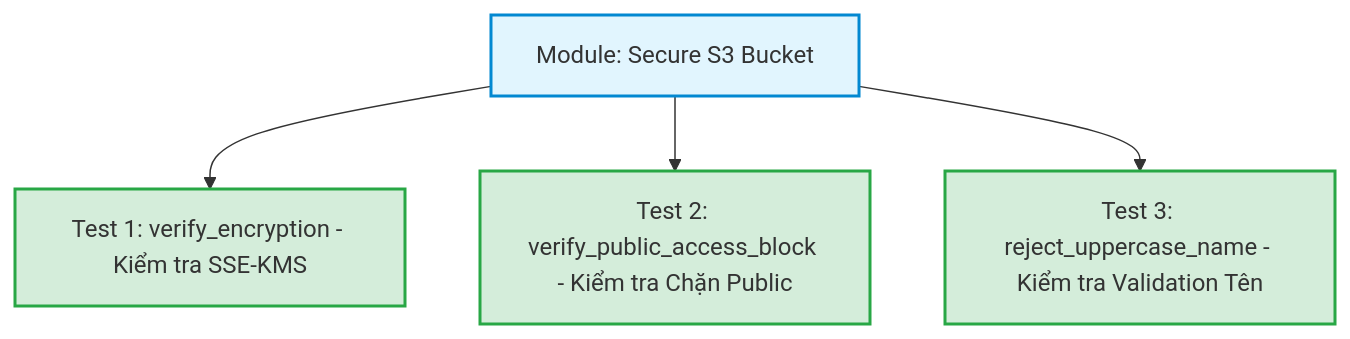
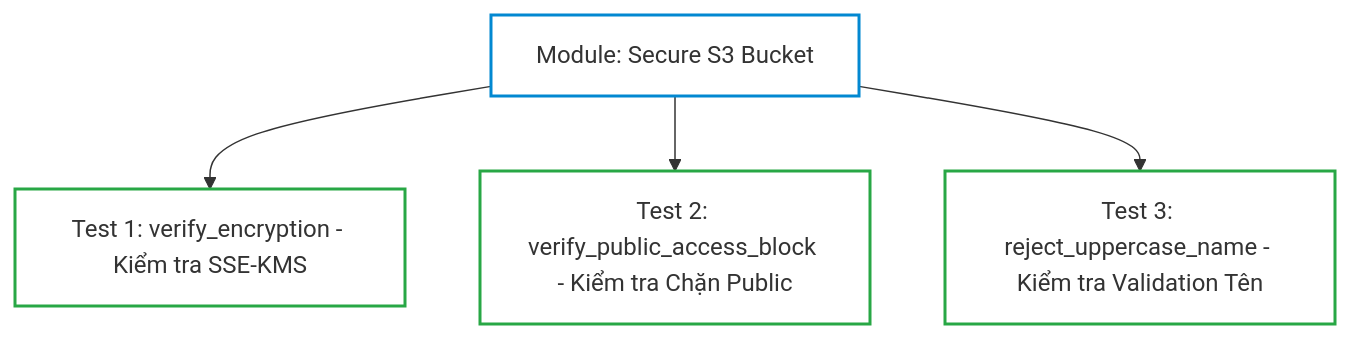
Before and after one commit to kiennt308/ntk: the sixth of 7 diagrams in _posts/2026-09-13-terraform-21-21-kiem-thu-ha-tang-terraform-test-tflint-trivy-va-validate.md, drawn with Mermaid. The commit also changed other lines of this file and 207 other files, not shown here.

Commit message:
feat(posts): batch standardize all 208 posts with TL;DR, qa-card accordion, fill:none mermaid, and liquid raw wrappers

````diff
--- a/_posts/2026-09-13-terraform-21-21-kiem-thu-ha-tang-terraform-test-tflint-trivy-va-validate.md
+++ b/_posts/2026-09-13-terraform-21-21-kiem-thu-ha-tang-terraform-test-tflint-trivy-va-validate.md
@@ -289,13 +293,13 @@
 ```mermaid
 graph TD
     M["Module: Secure S3 Bucket"] --> T1["Test 1: verify_encryption - Kiểm tra SSE-KMS"]
     M --> T2["Test 2: verify_public_access_block - Kiểm tra Chặn Public"]
     M --> T3["Test 3: reject_uppercase_name - Kiểm tra Validation Tên"]
 
-    style M fill:#e1f5fe,stroke:#0288d1,stroke-width:2px
-    style T1 fill:#d4edda,stroke:#28a745,stroke-width:2px
-    style T2 fill:#d4edda,stroke:#28a745,stroke-width:2px
-    style T3 fill:#d4edda,stroke:#28a745,stroke-width:2px
+    style M fill:none,stroke:#0288d1,stroke-width:2px
+    style T1 fill:none,stroke:#28a745,stroke-width:2px
+    style T2 fill:none,stroke:#28a745,stroke-width:2px
+    style T3 fill:none,stroke:#28a745,stroke-width:2px
 
 
 ```
````
